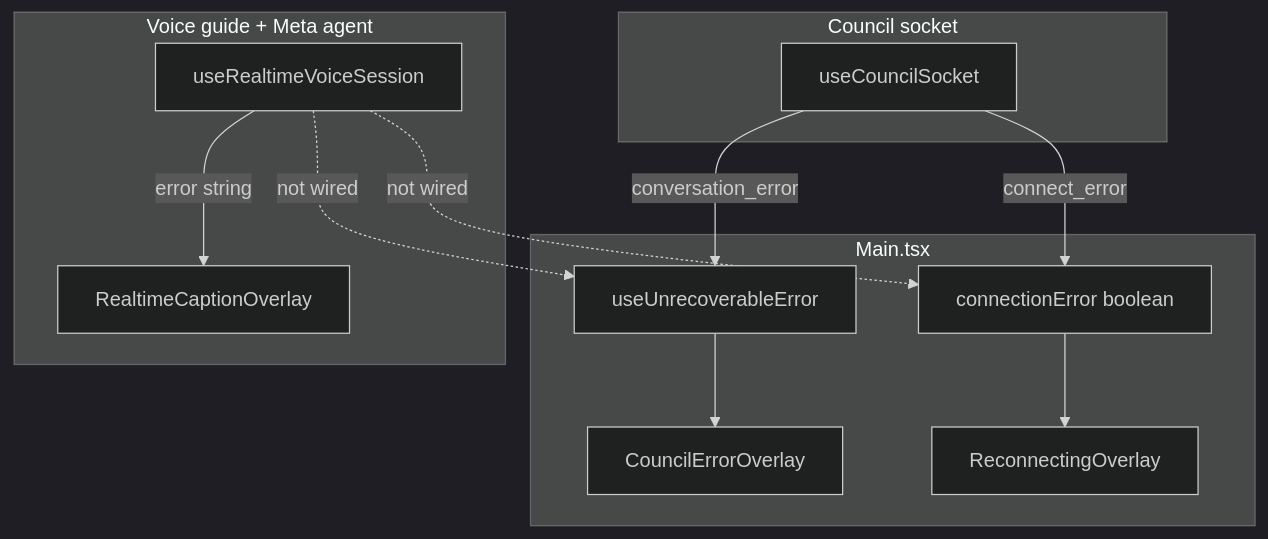
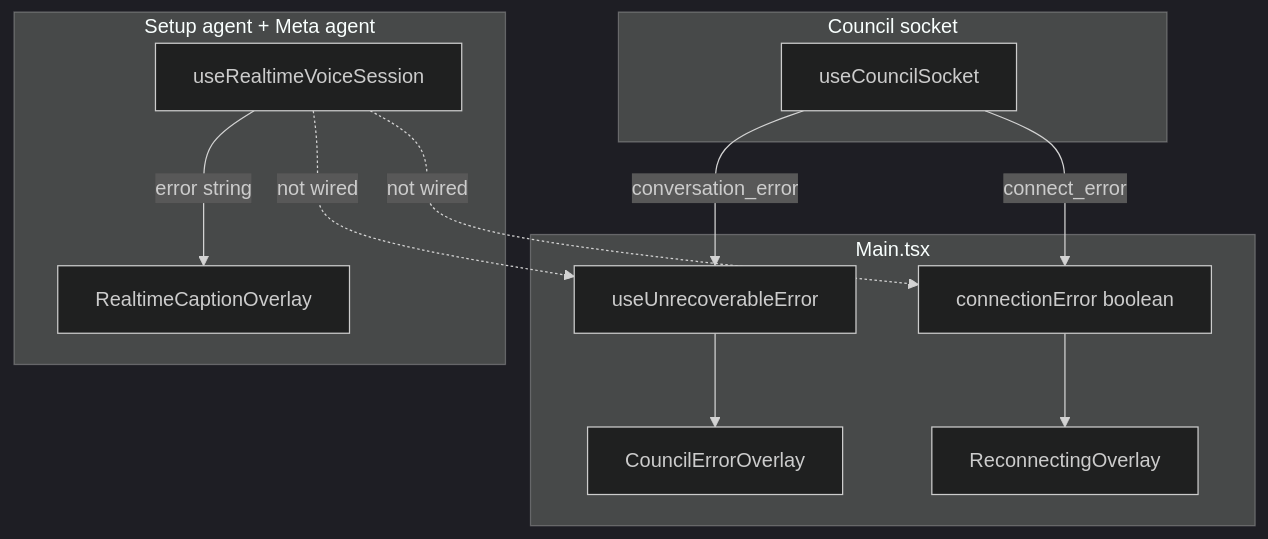
The diagram in docs/agent-error-handling-plan.md (Nonhuman-Nonsense/council-of-foods), drawn with Mermaid (dark theme) before and after one commit. The commit also changed other lines of this file and 13 other files, not shown here.

````diff
--- a/docs/agent-error-handling-plan.md
+++ b/docs/agent-error-handling-plan.md
@@ -43,22 +43,22 @@
 ```mermaid
 flowchart TB
   subgraph Main["Main.tsx"]
     UE[useUnrecoverableError]
     CE[connectionError boolean]
     UE --> CouncilErrorOverlay
     CE --> ReconnectingOverlay
   end
 
   subgraph Council["Council socket"]
     Socket[useCouncilSocket]
     Socket -->|connect_error| CE
     Socket -->|conversation_error| UE
   end
 
-  subgraph Agents["Voice guide + Meta agent"]
+  subgraph Agents["Setup agent + Meta agent"]
     Hook[useRealtimeVoiceSession]
     Hook -->|error string| Caption[RealtimeCaptionOverlay]
     Hook -.->|not wired| UE
     Hook -.->|not wired| CE
   end
 ```
````
